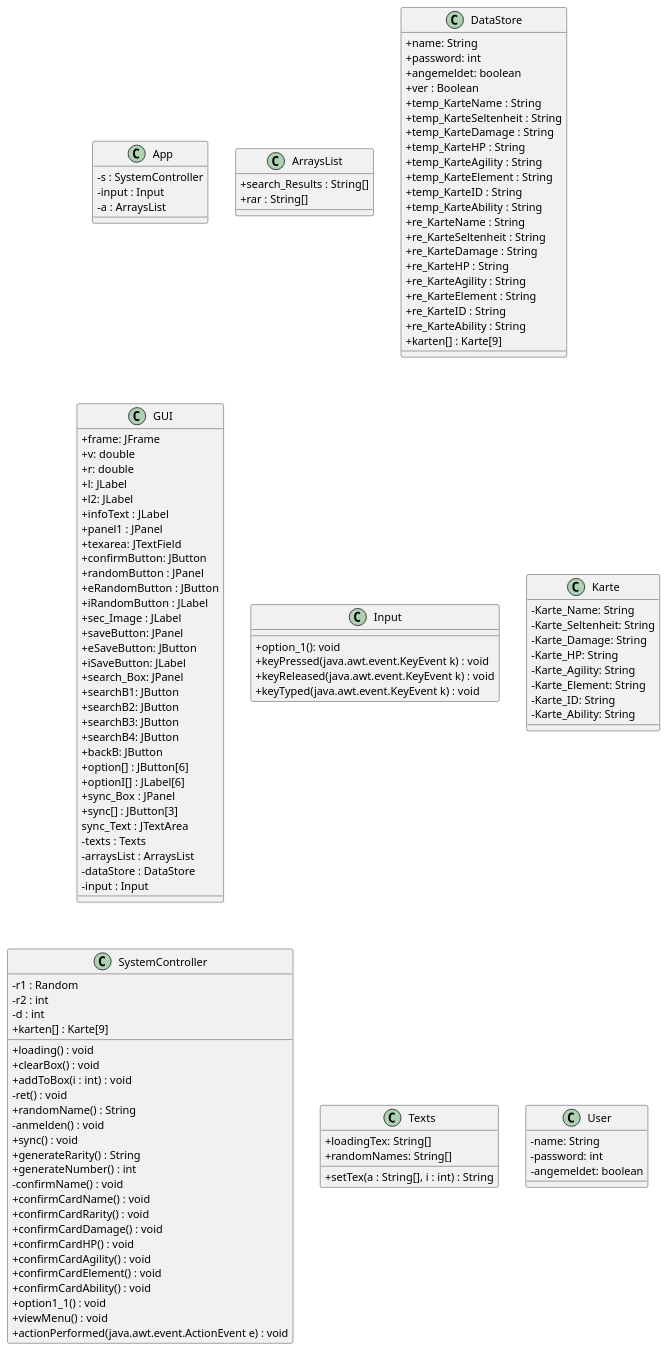
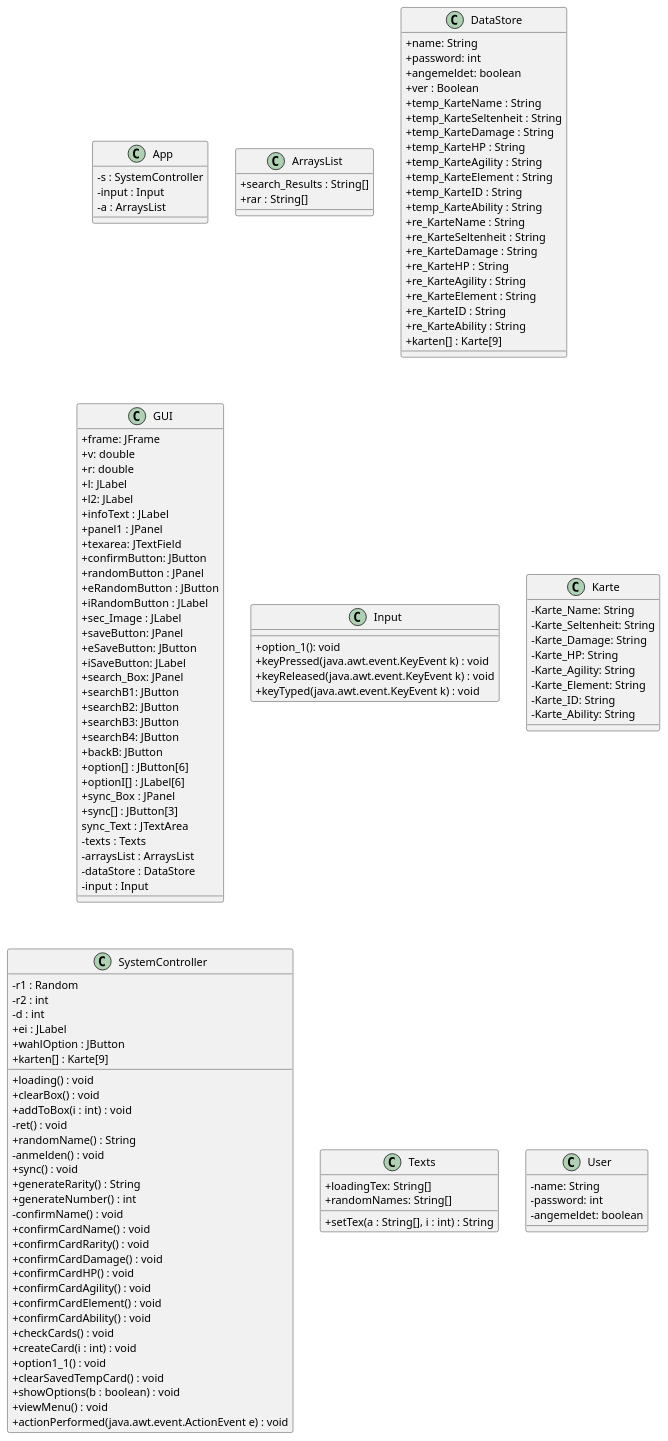
One commit to teach404W/Verwaltungssoftware_Team_2 changed the diagram in Docs/Pflichtenheft/Diagramme/Klassendiagramme.iuml. Above: the diagram before and after it, drawn with PlantUML. The commit also changed 5 other files, not shown here.

```diff
--- a/Docs/Pflichtenheft/Diagramme/Klassendiagramme.iuml
+++ b/Docs/Pflichtenheft/Diagramme/Klassendiagramme.iuml
@@ -1,142 +1,148 @@
 @startuml
 skinparam classAttributeIconSize 0
 
 class App{
  -s : SystemController
  -input : Input
  -a : ArraysList
 }
 
 
 
 class ArraysList{
 +search_Results : String[]
 +rar : String[]
  }
  
  class DataStore{
  +name: String
  +password: int
  +angemeldet: boolean
  +ver : Boolean
  +temp_KarteName : String
  +temp_KarteSeltenheit : String
  +temp_KarteDamage : String
  +temp_KarteHP : String
  +temp_KarteAgility : String
  +temp_KarteElement : String
  +temp_KarteID : String
  +temp_KarteAbility : String    
  +re_KarteName : String
  +re_KarteSeltenheit : String
  +re_KarteDamage : String
  +re_KarteHP : String
  +re_KarteAgility : String
  +re_KarteElement : String
  +re_KarteID : String
  +re_KarteAbility : String
  +karten[] : Karte[9]
 }
 
 
 
 
 
 class GUI{
  +frame: JFrame
  +v: double
  +r: double
  +l: JLabel
  +l2: JLabel
  +infoText : JLabel
  +panel1 : JPanel
  +texarea: JTextField
  +confirmButton: JButton
  +randomButton : JPanel
  +eRandomButton : JButton
  +iRandomButton : JLabel
  +sec_Image : JLabel
  +saveButton: JPanel
  +eSaveButton: JButton
  +iSaveButton: JLabel
  +search_Box: JPanel
  +searchB1: JButton
  +searchB2: JButton
  +searchB3: JButton
  +searchB4: JButton
  +backB: JButton
  +option[] : JButton[6]
  +optionI[] : JLabel[6]
  +sync_Box : JPanel
  +sync[] : JButton[3]
  sync_Text : JTextArea
  -texts : Texts
  -arraysList : ArraysList
  -dataStore : DataStore
  -input : Input
 
 }
 
 
 class Input{
  +option_1(): void
  +keyPressed(java.awt.event.KeyEvent k) : void
  +keyReleased(java.awt.event.KeyEvent k) : void
  +keyTyped(java.awt.event.KeyEvent k) : void
 }
 
 class Karte{
  -Karte_Name: String
  -Karte_Seltenheit: String
  -Karte_Damage: String
  -Karte_HP: String
  -Karte_Agility: String
  -Karte_Element: String
  -Karte_ID: String
  -Karte_Ability: String
 
 }
 
 class SystemController{
 -r1 : Random
 -r2 : int
 -d : int
++ei : JLabel
++wahlOption : JButton
  +karten[] : Karte[9]
  +loading() : void
  +clearBox() : void
  +addToBox(i : int) : void
  -ret() : void
  +randomName() : String
  -anmelden() : void
  +sync() : void
  +generateRarity() : String
  +generateNumber() : int
  -confirmName() : void
  +confirmCardName() : void
  +confirmCardRarity() : void
  +confirmCardDamage() : void
  +confirmCardHP() : void
  +confirmCardAgility() : void
  +confirmCardElement() : void
  +confirmCardAbility() : void
+ +checkCards() : void
+ +createCard(i : int) : void
  +option1_1() : void
+ +clearSavedTempCard() : void
+ +showOptions(b : boolean) : void
  +viewMenu() : void
  +actionPerformed(java.awt.event.ActionEvent e) : void
 }
 
 
 class Texts{
 +loadingTex: String[]
 +randomNames: String[]
 +setTex(a : String[], i : int) : String
 }
 
 class User{
  -name: String
  -password: int
  -angemeldet: boolean
 }
 
 
 
 @enduml
```
